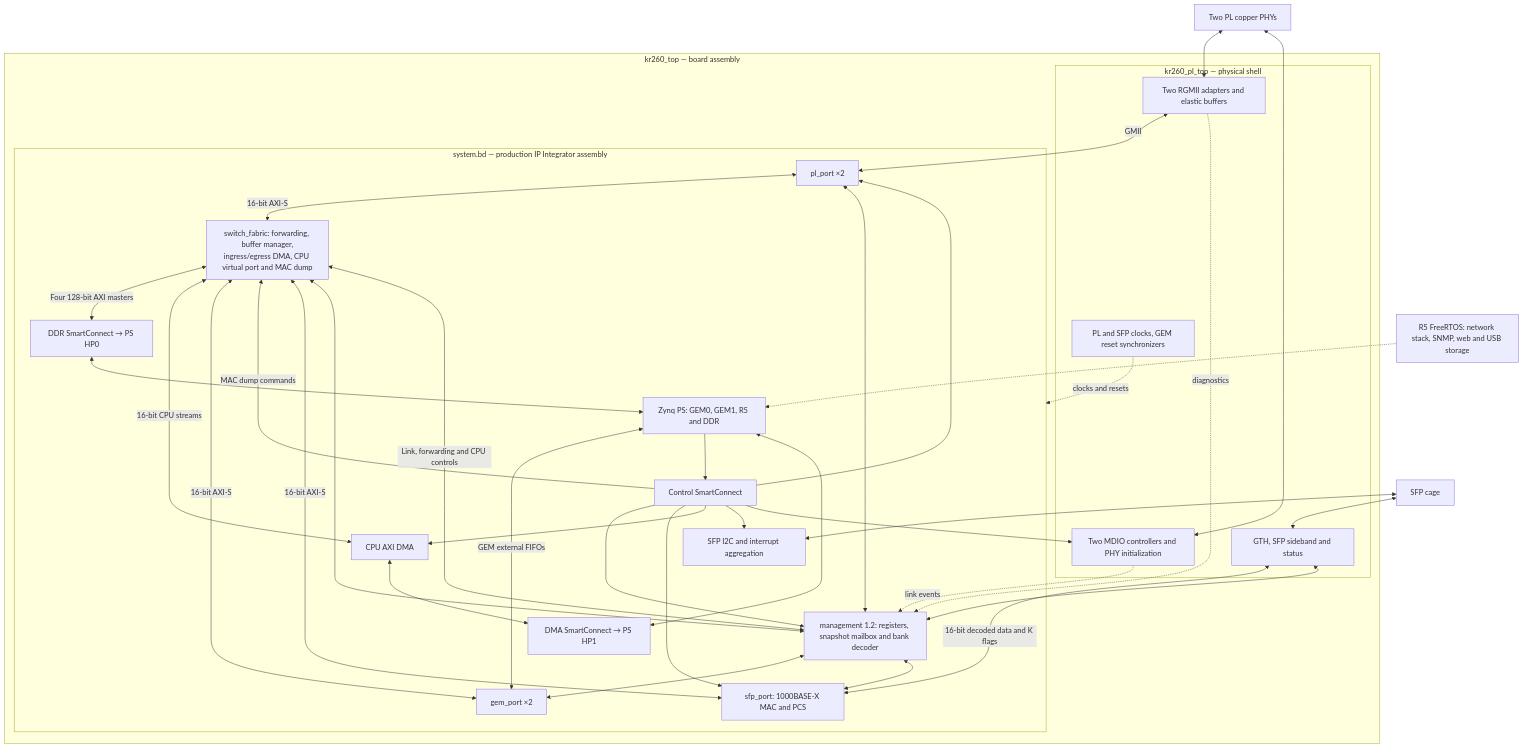
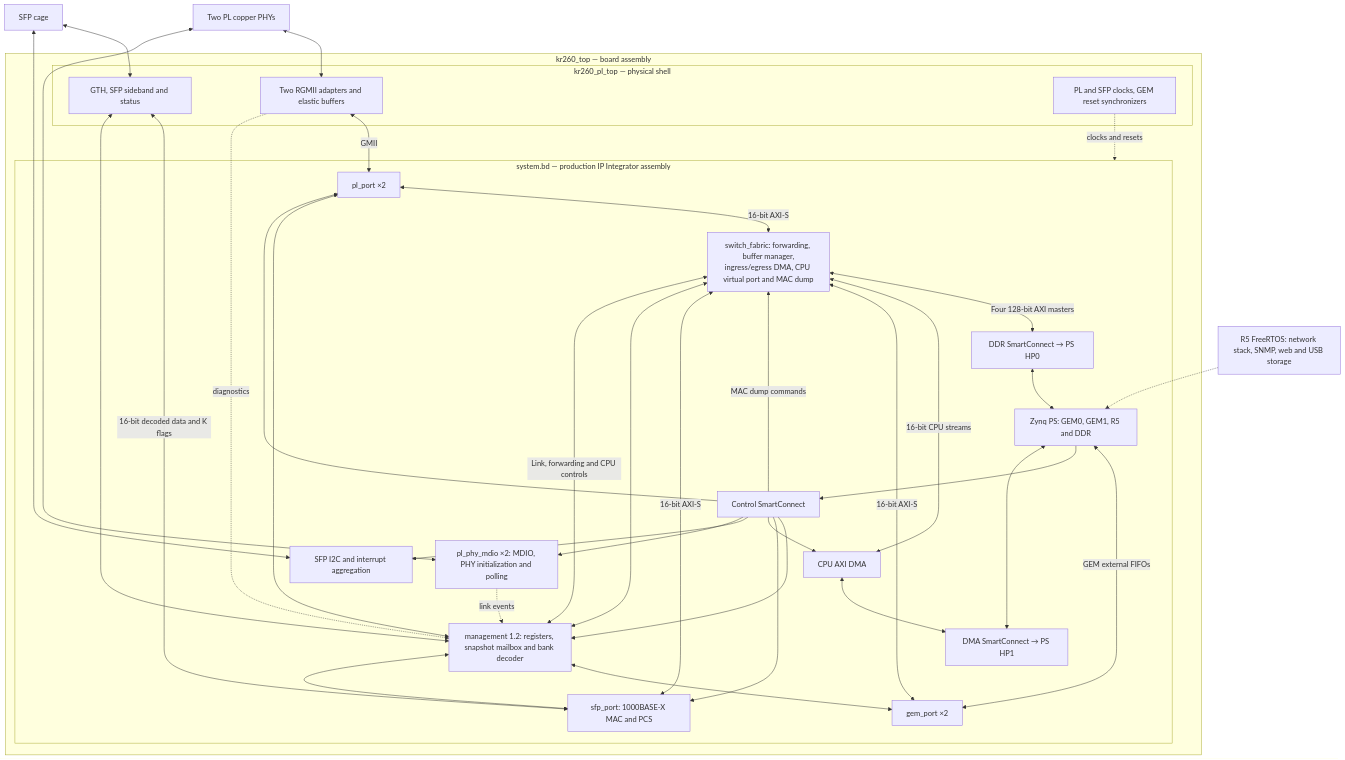
Before and after one commit to GhlHub/open_ethernet_switch: the diagram in docs/architecture.md, drawn with Mermaid. The commit also changed other lines of this file and 25 other files, not shown here.

````diff
--- a/docs/architecture.md
+++ b/docs/architecture.md
@@ -28,57 +28,57 @@
 ```mermaid
 flowchart TB
     subgraph board[kr260_top — board assembly]
         subgraph shell[kr260_pl_top — physical shell]
             RGMII[Two RGMII adapters and elastic buffers]
-            MDIO[Two MDIO controllers and PHY initialization]
             GT[GTH, SFP sideband and status]
             CLOCK[PL and SFP clocks, GEM reset synchronizers]
         end
         subgraph bd[system.bd — production IP Integrator assembly]
             PS[Zynq PS: GEM0, GEM1, R5 and DDR]
             GEM[gem_port ×2]
             PL[pl_port ×2]
+            MDIO[pl_phy_mdio ×2: MDIO, PHY initialization and polling]
             SFP[sfp_port: 1000BASE-X MAC and PCS]
             FAB[switch_fabric: forwarding, buffer manager,<br/>ingress/egress DMA, CPU virtual port and MAC dump]
             MGMT[management 1.2: registers, snapshot mailbox and bank decoder]
             CTL[Control SmartConnect]
             HP0[DDR SmartConnect → PS HP0]
             DMA[CPU AXI DMA]
             HP1[DMA SmartConnect → PS HP1]
             IIC[SFP I2C and interrupt aggregation]
             PS <-->|GEM external FIFOs| GEM
             GEM <-->|16-bit AXI-S| FAB
             PL <-->|16-bit AXI-S| FAB
             SFP <-->|16-bit AXI-S| FAB
             FAB <-->|Four 128-bit AXI masters| HP0
             HP0 <--> PS
             FAB <-->|16-bit CPU streams| DMA
             DMA <--> HP1
             HP1 <--> PS
             PS --> CTL
             CTL -->|MAC dump commands| FAB
             CTL --> MGMT
             CTL --> PL
             CTL --> SFP
             CTL --> DMA
             CTL --> IIC
             MGMT <--> GEM
             MGMT <--> PL
             MGMT <--> SFP
             MGMT <--> FAB
             MGMT <-->|Link, forwarding and CPU controls| FAB
         end
         RGMII <-->|GMII| PL
         GT <-->|16-bit decoded data and K flags| SFP
         GT <--> MGMT
         RGMII -. diagnostics .-> MGMT
         CTL --> MDIO
         MDIO -. link events .-> MGMT
         CLOCK -. clocks and resets .-> bd
     end
     PHY[Two PL copper PHYs] <--> RGMII
     PHY <--> MDIO
     CAGE[SFP cage] <--> GT
     CAGE <--> IIC
     RTOS[R5 FreeRTOS: network stack, SNMP, web and USB storage] -.-> PS
 ```
````
